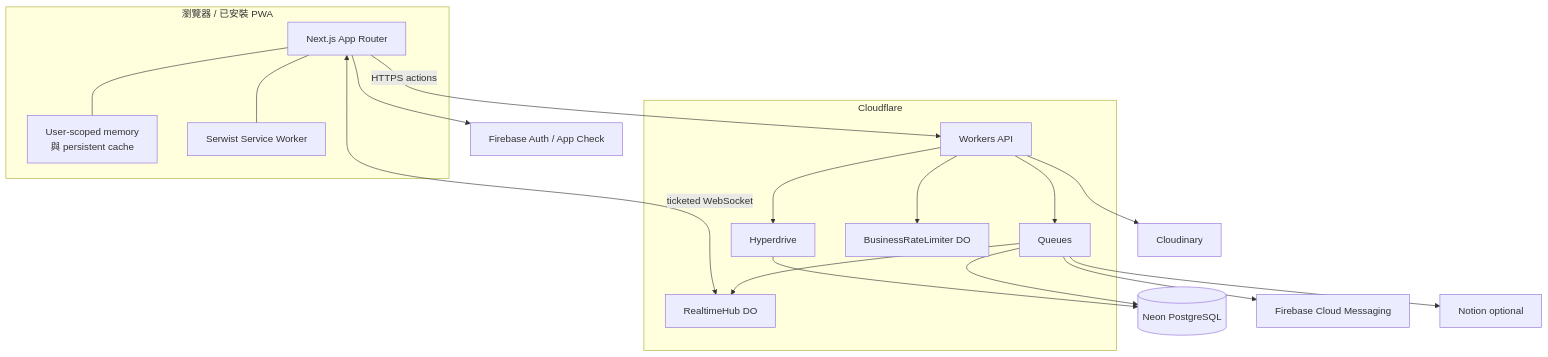
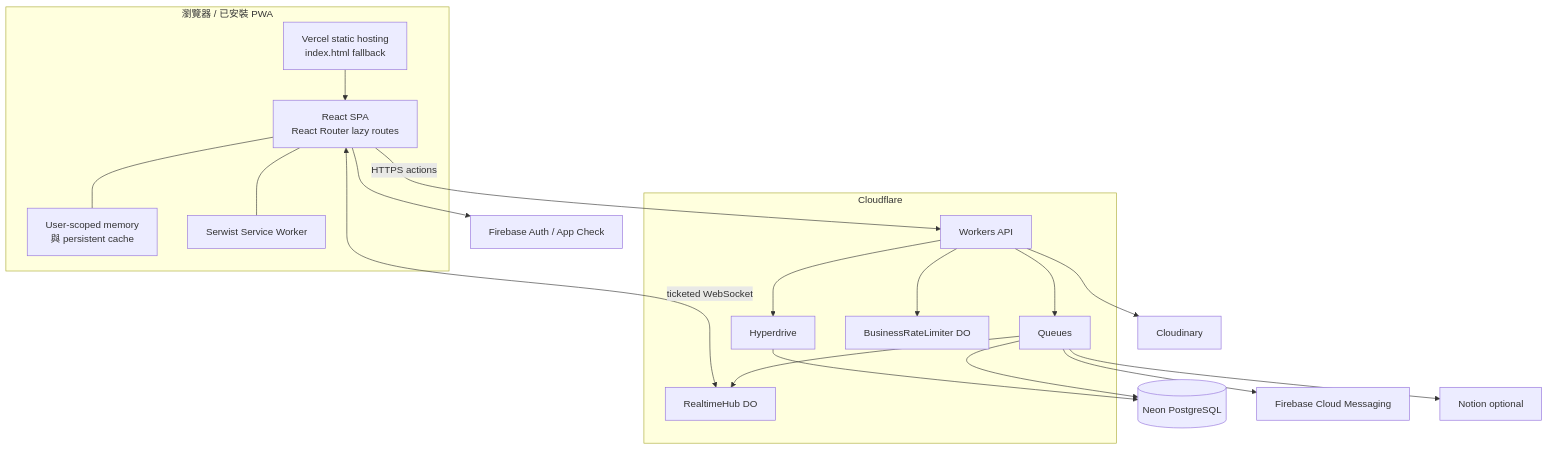
One commit to nnkiehsa-it/nnkieh-novae changed the first of 3 diagrams in docs/architecture.md. Above: the diagram before and after it, drawn with Mermaid. The commit also changed other lines of this file and 13 other files, not shown here.

````diff
--- a/docs/architecture.md
+++ b/docs/architecture.md
@@ -5,36 +5,38 @@
 ```mermaid
 flowchart TB
     subgraph Browser[瀏覽器 / 已安裝 PWA]
-      UI[Next.js App Router]
+      UI[React SPA<br/>React Router lazy routes]
       Cache[User-scoped memory<br/>與 persistent cache]
       SW[Serwist Service Worker]
+      Static[Vercel static hosting<br/>index.html fallback]
+      Static --> UI
       UI --- Cache
       UI --- SW
     end
 
     subgraph Edge[Cloudflare]
       Worker[Workers API]
       Hyperdrive[Hyperdrive]
       Queue[Queues]
       Realtime[RealtimeHub DO]
       Limits[BusinessRateLimiter DO]
     end
 
     Auth[Firebase Auth / App Check]
     DB[(Neon PostgreSQL)]
     Media[Cloudinary]
     Push[Firebase Cloud Messaging]
     Notion[Notion optional]
 
     UI --> Auth
     UI -->|HTTPS actions| Worker
     UI <-->|ticketed WebSocket| Realtime
     Worker --> Limits
     Worker --> Hyperdrive --> DB
     Worker --> Media
     Worker --> Queue
     Queue --> DB
     Queue --> Push
     Queue --> Realtime
     Queue --> Notion
 ```
````
